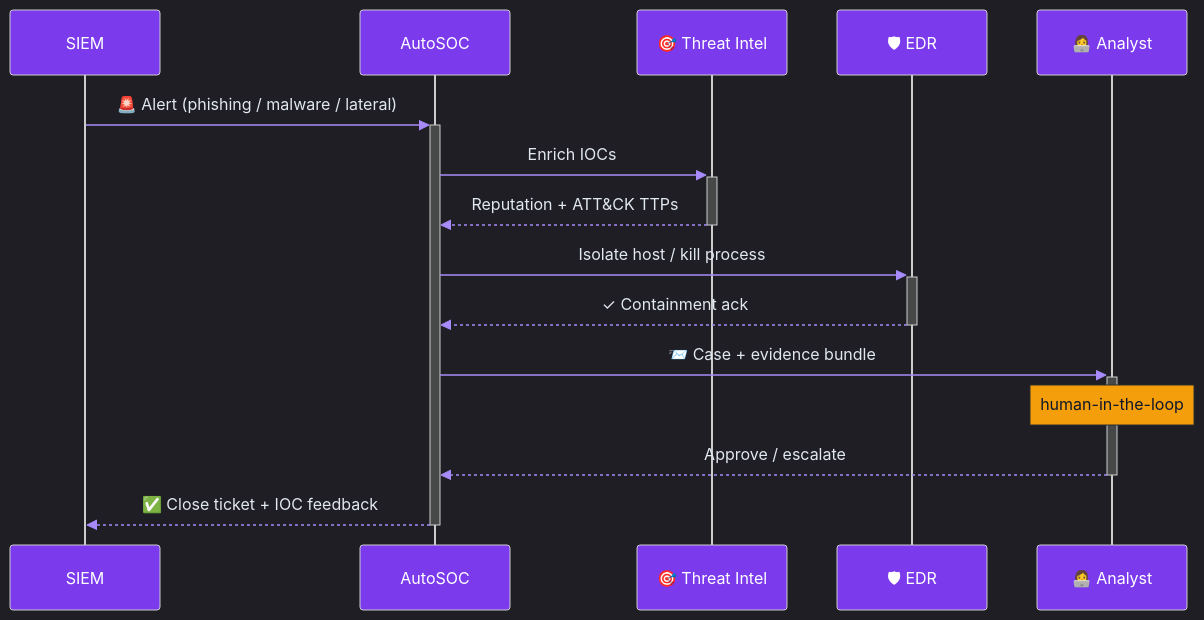
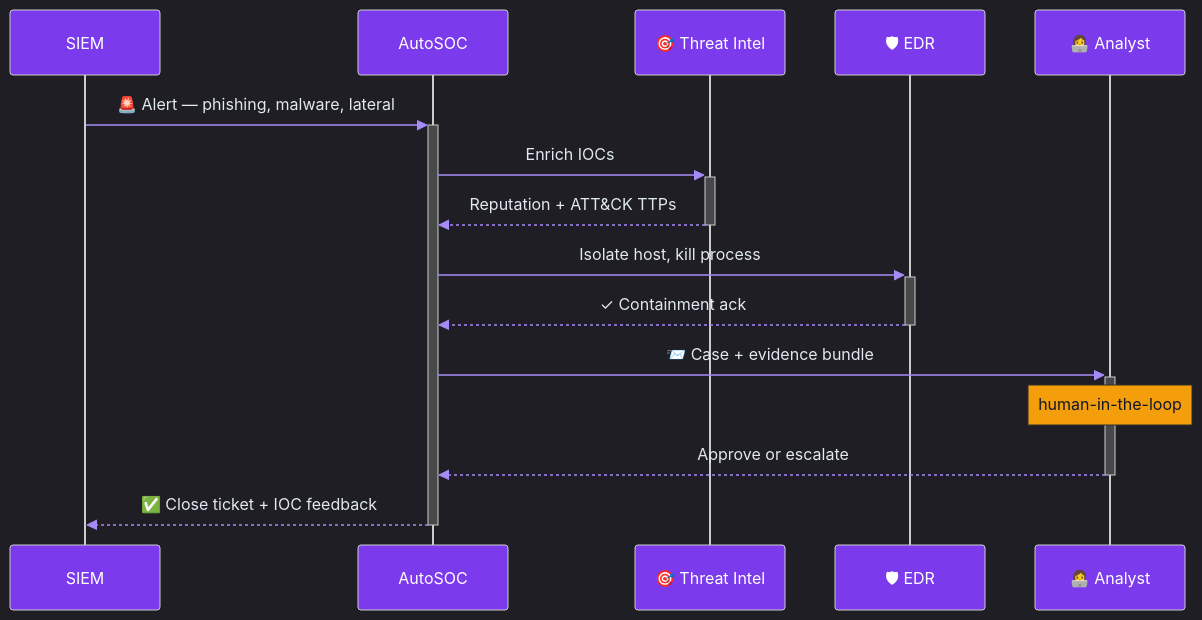
One commit to lloredia/lloredia changed the fourth of 8 diagrams in README.md. Above: the diagram before and after it, drawn with Mermaid. The commit also changed other lines of this file, not shown here.

First line of the commit message:
Fix mermaid diagrams + add diagrams to remaining 3 projects

````diff
--- a/README.md
+++ b/README.md
@@ -457,18 +456,18 @@
 ```mermaid
 %%{init: {'theme':'dark','themeVariables':{'primaryColor':'#1E293B','primaryTextColor':'#E2E8F0','actorBkg':'#7C3AED','actorTextColor':'#fff','signalColor':'#A78BFA','signalTextColor':'#E2E8F0','noteBkgColor':'#F59E0B','noteTextColor':'#0F172A','fontFamily':'Fira Code'}}}%%
 sequenceDiagram
     participant SIEM
     participant AutoSOC
     participant TI as 🎯 Threat Intel
     participant EDR as 🛡 EDR
     participant Analyst as 👩‍💻 Analyst
-    SIEM->>+AutoSOC: 🚨 Alert (phishing / malware / lateral)
+    SIEM->>+AutoSOC: 🚨 Alert — phishing, malware, lateral
     AutoSOC->>+TI: Enrich IOCs
     TI-->>-AutoSOC: Reputation + ATT&CK TTPs
-    AutoSOC->>+EDR: Isolate host / kill process
+    AutoSOC->>+EDR: Isolate host, kill process
     EDR-->>-AutoSOC: ✓ Containment ack
     AutoSOC->>+Analyst: 📨 Case + evidence bundle
     Note over Analyst: human-in-the-loop
-    Analyst-->>-AutoSOC: Approve / escalate
+    Analyst-->>-AutoSOC: Approve or escalate
     AutoSOC-->>-SIEM: ✅ Close ticket + IOC feedback
 ```
````
